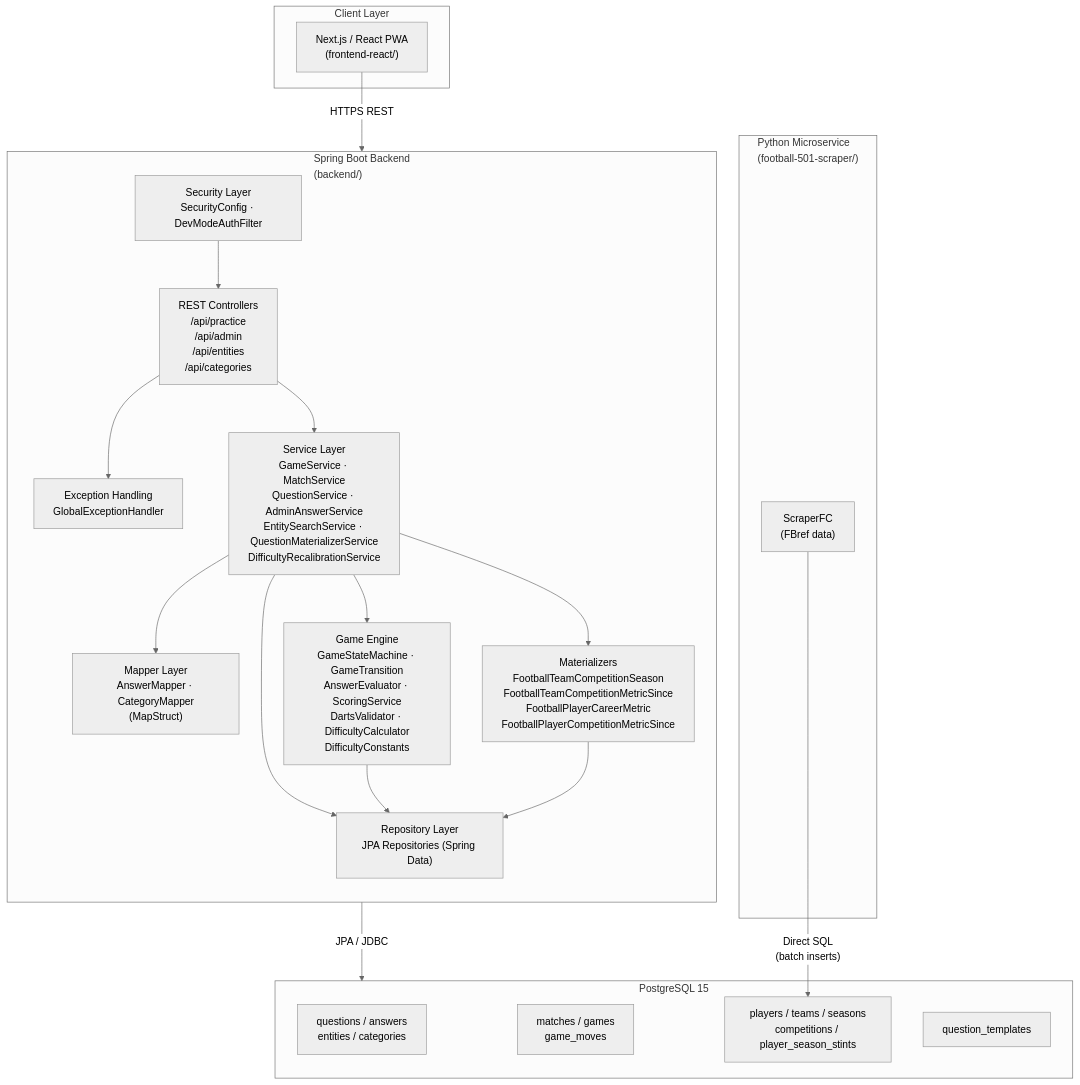
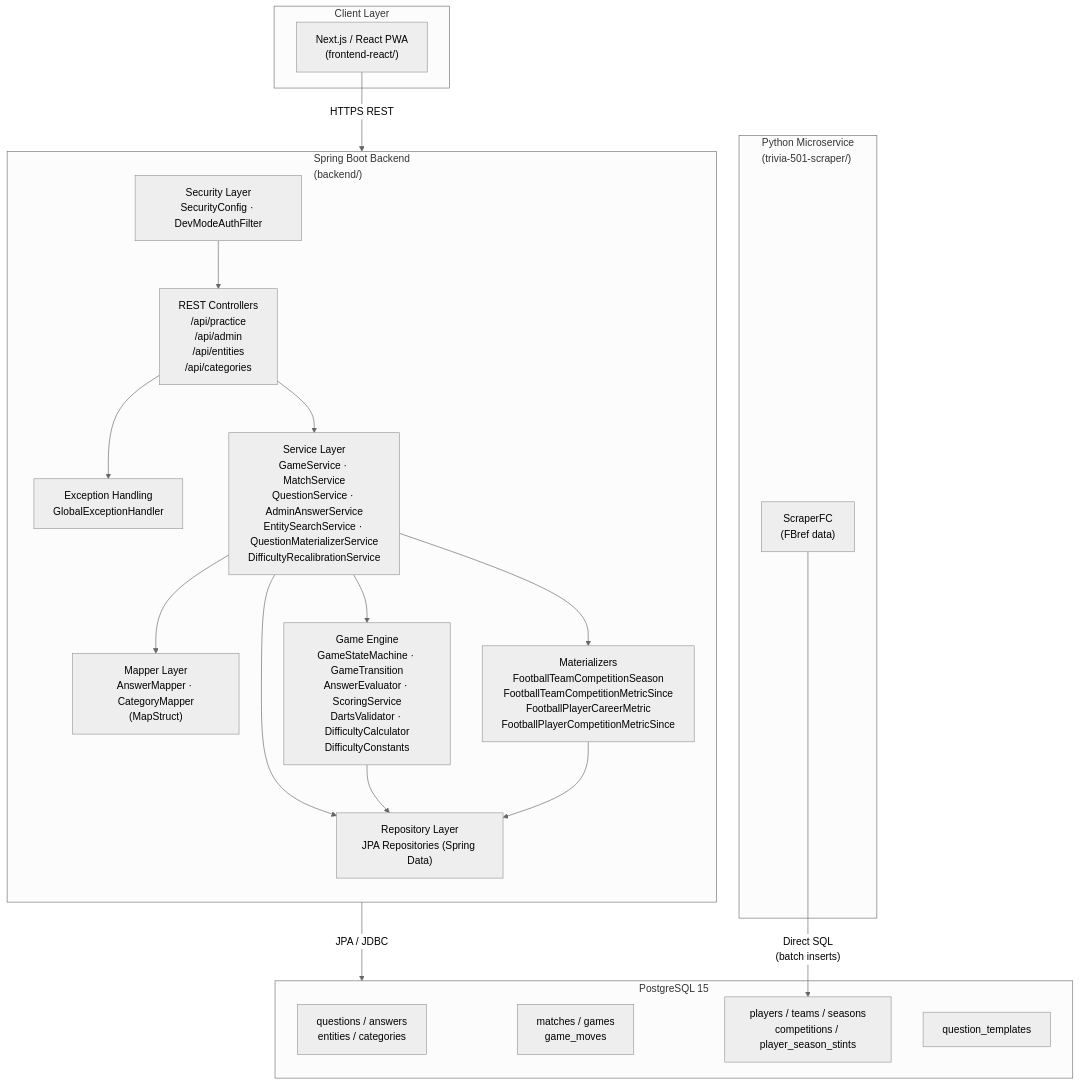
The first of 9 diagrams in docs/design/BACKEND_ARCHITECTURE.md (paul-anthony-oneill/football-501), drawn with Mermaid (neutral theme) before and after one commit. The commit also changed other lines of this file and 362 other files, not shown here.

````diff
--- a/docs/design/BACKEND_ARCHITECTURE.md
+++ b/docs/design/BACKEND_ARCHITECTURE.md
@@ -13,42 +13,42 @@
 ```mermaid
 graph TB
     subgraph CLIENT["Client Layer"]
         FE["Next.js / React PWA\n(frontend-react/)"]
     end
 
     subgraph BACKEND["Spring Boot Backend\n(backend/)"]
         direction TB
         SEC["Security Layer\nSecurityConfig · DevModeAuthFilter"]
         CTRL["REST Controllers\n/api/practice\n/api/admin\n/api/entities\n/api/categories"]
         EXC["Exception Handling\nGlobalExceptionHandler"]
         SVC["Service Layer\nGameService · MatchService\nQuestionService · AdminAnswerService\nEntitySearchService · QuestionMaterializerService\nDifficultyRecalibrationService"]
         MAP["Mapper Layer\nAnswerMapper · CategoryMapper\n(MapStruct)"]
         ENGINE["Game Engine\nGameStateMachine · GameTransition\nAnswerEvaluator · ScoringService\nDartsValidator · DifficultyCalculator\nDifficultyConstants"]
         MAT["Materializers\nFootballTeamCompetitionSeason\nFootballTeamCompetitionMetricSince\nFootballPlayerCareerMetric\nFootballPlayerCompetitionMetricSince"]
         REPO["Repository Layer\nJPA Repositories (Spring Data)"]
     end
 
     subgraph DB["PostgreSQL 15"]
         QANDA["questions / answers\nentities / categories"]
         GAMEPLAY["matches / games\ngame_moves"]
         FOOTBALL["players / teams / seasons\ncompetitions / player_season_stints"]
         TEMPLATES["question_templates"]
     end
 
-    subgraph SCRAPER["Python Microservice\n(football-501-scraper/)"]
+    subgraph SCRAPER["Python Microservice\n(trivia-501-scraper/)"]
         SC["ScraperFC\n(FBref data)"]
     end
 
     FE -- "HTTPS REST" --> SEC
     SEC --> CTRL
     CTRL --> EXC
     CTRL --> SVC
     SVC --> MAP
     SVC --> ENGINE
     SVC --> MAT
     SVC --> REPO
     ENGINE --> REPO
     MAT --> REPO
     REPO -- "JPA / JDBC" --> DB
     SC -- "Direct SQL\n(batch inserts)" --> FOOTBALL
 ```
````
